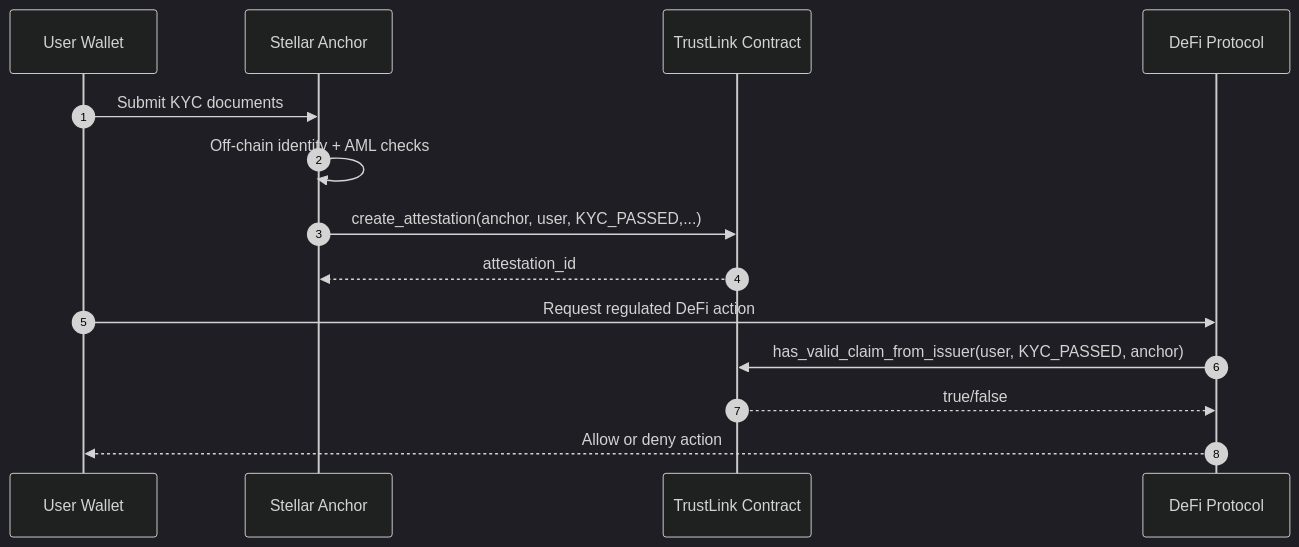
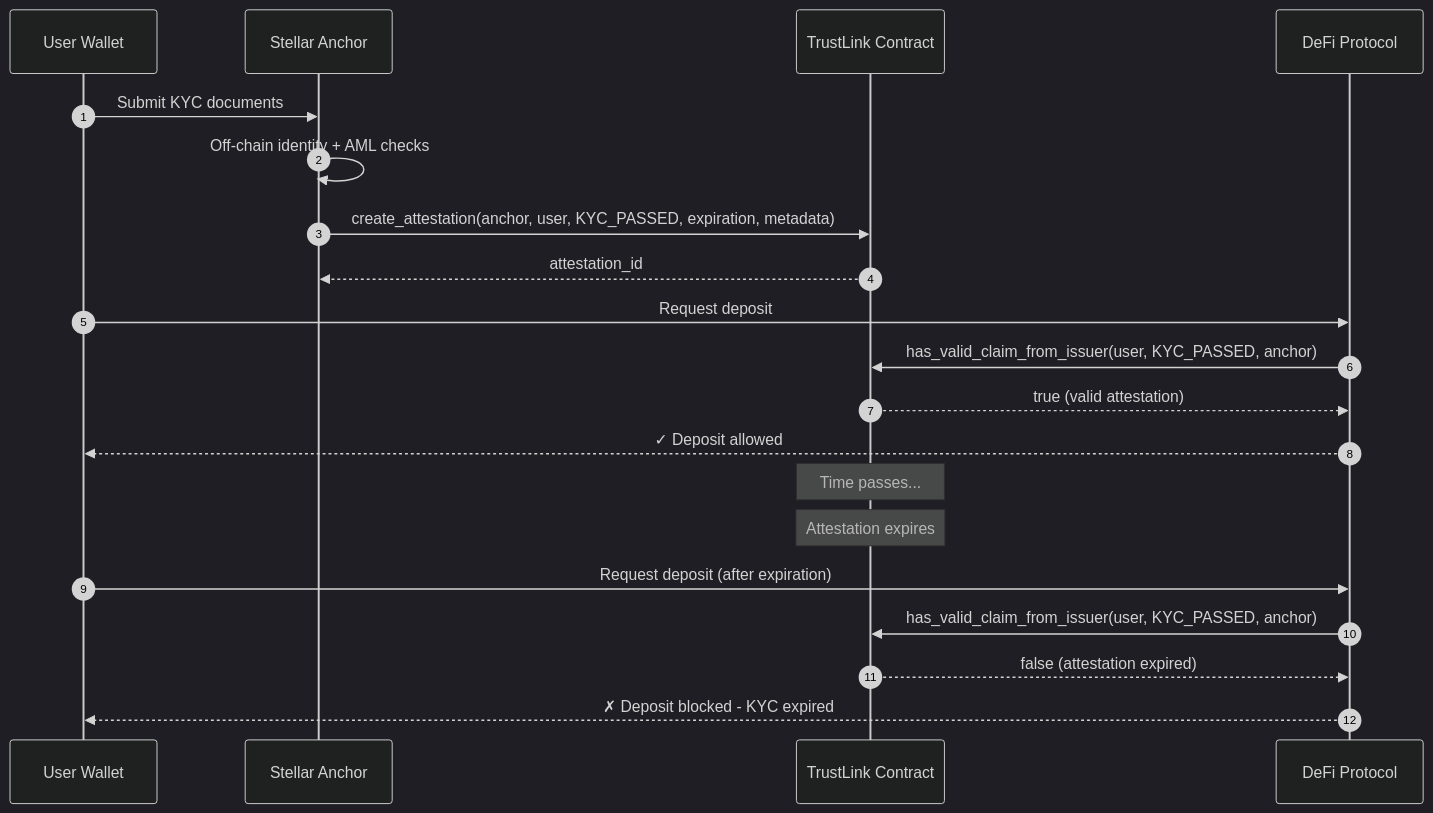
The diagram in examples/anchor-integration/README.md (chidinma000/TrustLink), drawn with Mermaid (dark theme) before and after one commit. The commit also changed other lines of this file and 1 other file, not shown here.

First line of the commit message:
feat(examples): complete anchor-integration flow with expiration handling (#359)

````diff
--- a/examples/anchor-integration/README.md
+++ b/examples/anchor-integration/README.md
@@ -12,17 +13,26 @@
 ```mermaid
 sequenceDiagram
     autonumber
     participant U as User Wallet
     participant A as Stellar Anchor
     participant T as TrustLink Contract
     participant D as DeFi Protocol
 
     U->>A: Submit KYC documents
     A->>A: Off-chain identity + AML checks
-    A->>T: create_attestation(anchor, user, KYC_PASSED,...)
+    A->>T: create_attestation(anchor, user, KYC_PASSED, expiration, metadata)
     T-->>A: attestation_id
-    U->>D: Request regulated DeFi action
+    
+    U->>D: Request deposit
     D->>T: has_valid_claim_from_issuer(user, KYC_PASSED, anchor)
-    T-->>D: true/false
-    D-->>U: Allow or deny action
+    T-->>D: true (valid attestation)
+    D-->>U: ✓ Deposit allowed
+    
+    Note over T: Time passes...
+    Note over T: Attestation expires
+    
+    U->>D: Request deposit (after expiration)
+    D->>T: has_valid_claim_from_issuer(user, KYC_PASSED, anchor)
+    T-->>D: false (attestation expired)
+    D-->>U: ✗ Deposit blocked - KYC expired
 ```
````
